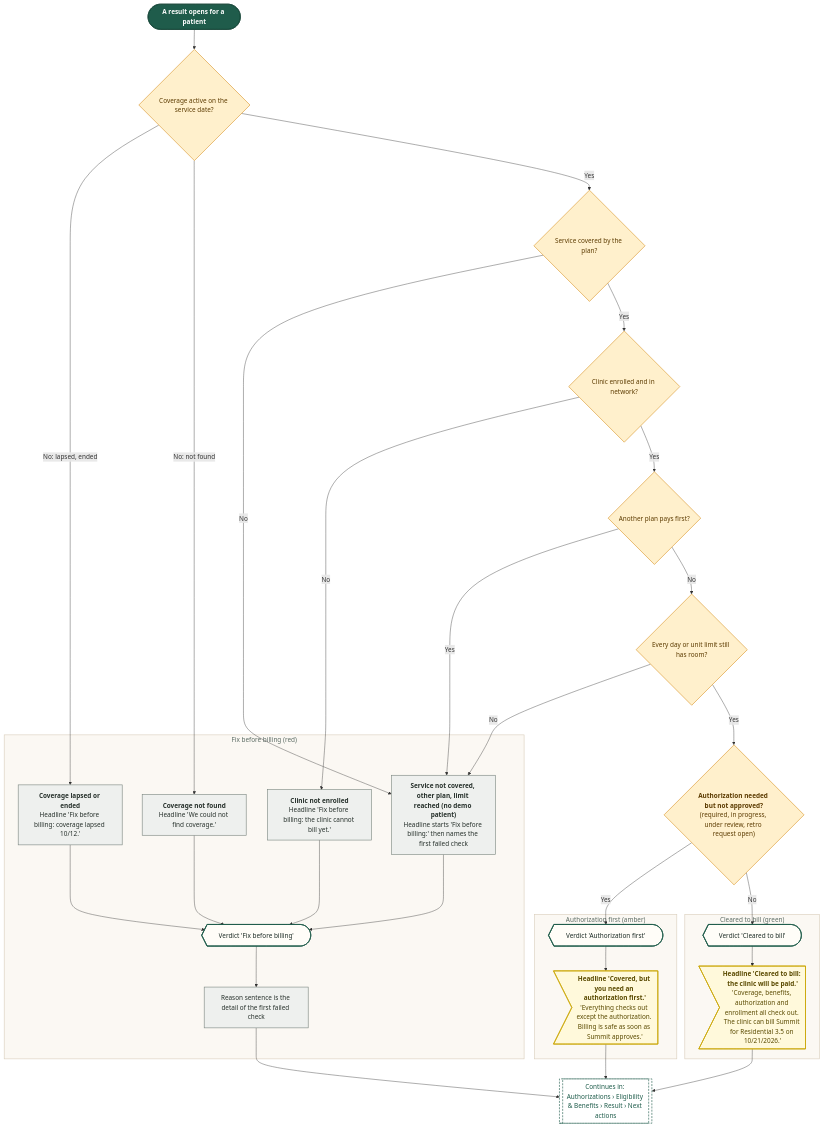
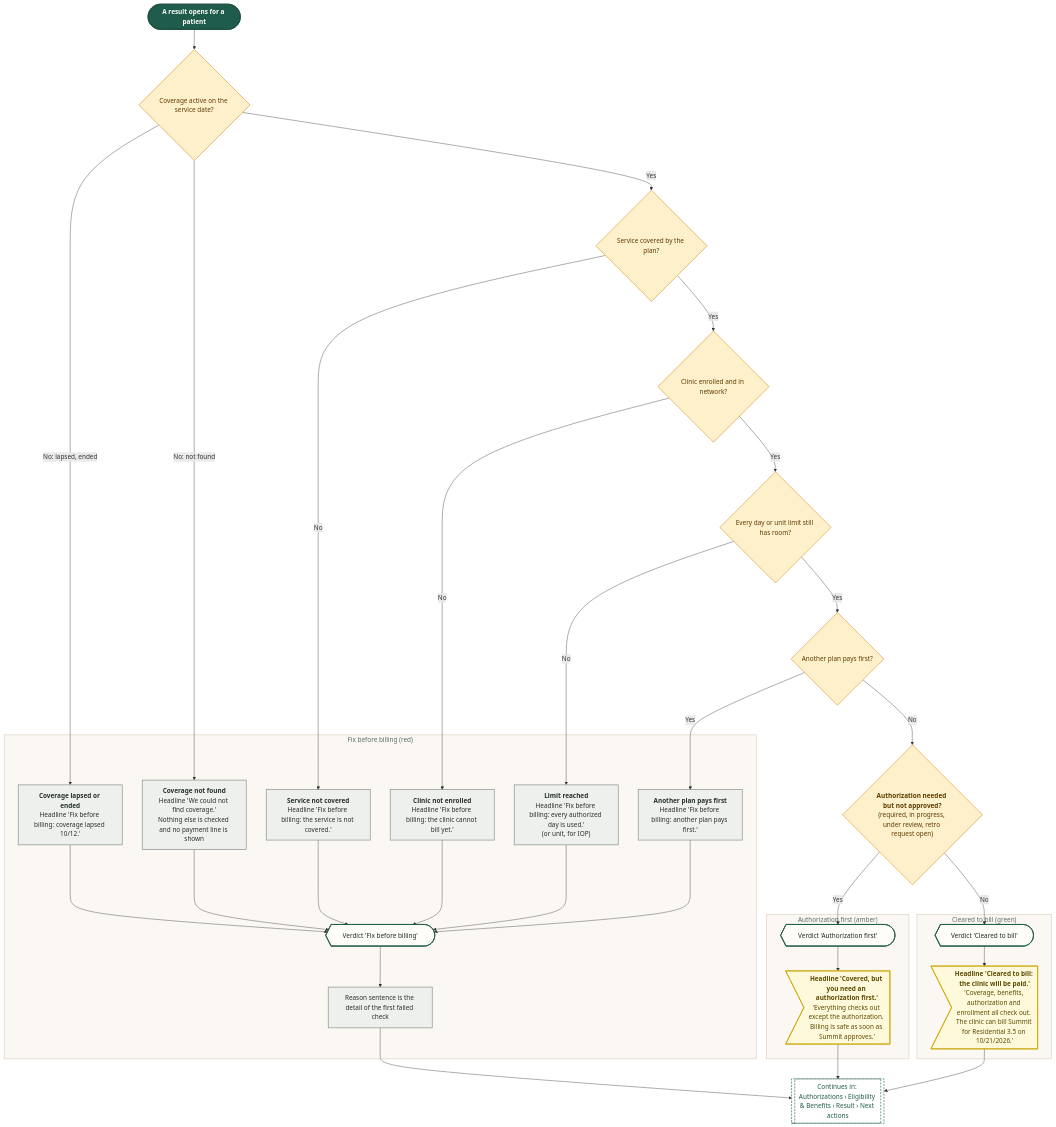
Before and after one commit to Shrav143/psyfloapp: diagram 12 of 19 in demos/prior-auth-demo/workflows/out/md/05-eligibility.md, drawn with Mermaid. The commit also changed other lines of this file and 195 other files, not shown here.

First line of the commit message:
docs: Rebuild workflow diagrams after the demo fixes (220 diagrams)

````diff
--- a/demos/prior-auth-demo/workflows/out/md/05-eligibility.md
+++ b/demos/prior-auth-demo/workflows/out/md/05-eligibility.md
@@ -790,68 +912,70 @@
 ```mermaid
 %%{init: {"theme":"base","themeVariables":{"fontFamily":"'DM Sans', 'Segoe UI', system-ui, sans-serif","fontSize":"15px","lineColor":"#5B6B63","primaryTextColor":"#1C2B25","clusterBkg":"#FBF8F3","clusterBorder":"#D9CDBB","edgeLabelBackground":"#FFFFFF"},"flowchart":{"curve":"basis","nodeSpacing":36,"rankSpacing":48,"padding":12,"htmlLabels":true,"useMaxWidth":false,"wrappingWidth":230}} }%%
 flowchart TD
   classDef k_start fill:#1F5C4B,stroke:#174638,color:#FFFFFF,stroke-width:1.5px,font-weight:600
   classDef k_end fill:#DDEFE3,stroke:#2E7D4F,color:#14502F,stroke-width:1.5px,font-weight:600
   classDef k_endx fill:#FBE3E0,stroke:#C0392B,color:#7A1F16,stroke-width:1.5px,font-weight:600
   classDef k_screen fill:#FFFDF8,stroke:#1F5C4B,color:#1C2B25,stroke-width:2px
   classDef k_overlay fill:#F1F7F3,stroke:#1F5C4B,color:#1C2B25,stroke-width:2px,stroke-dasharray:5 3
   classDef k_click fill:#DCEBFA,stroke:#2F6DB5,color:#12365F,stroke-width:1.5px
   classDef k_input fill:#E4E7FF,stroke:#4C5FD5,color:#1D2670,stroke-width:1.5px
   classDef k_process fill:#EEF0EE,stroke:#7A857F,color:#26302B,stroke-width:1.5px
   classDef k_agent fill:#EEE5FA,stroke:#7A4FC2,color:#341A63,stroke-width:1.5px
   classDef k_decision fill:#FFF0CC,stroke:#D9962B,color:#5C3B00,stroke-width:1.5px
   classDef k_store fill:#D5F0EA,stroke:#1C8E7B,color:#0B4A3F,stroke-width:1.5px
   classDef k_doc fill:#F6E9DC,stroke:#B07A4C,color:#4A2E14,stroke-width:1.5px
   classDef k_ext fill:#FFE6D2,stroke:#E07B39,color:#6B2F06,stroke-width:1.5px
   classDef k_wait fill:#E4E8EE,stroke:#6B7C93,color:#26303D,stroke-width:1.5px
   classDef k_toast fill:#FFF9DB,stroke:#C9A400,color:#5A4A00,stroke-width:1.5px
   classDef k_goto fill:#FFFFFF,stroke:#1F5C4B,color:#1F5C4B,stroke-width:1.5px,stroke-dasharray:5 3
   s1@{ shape: stadium, label: "A result opens for a patient" }
   q1@{ shape: diam, label: "Coverage active on the service date?" }
   q2@{ shape: diam, label: "Service covered by the plan?" }
   q3@{ shape: diam, label: "Clinic enrolled and in network?" }
-  q4@{ shape: diam, label: "Another plan pays first?" }
-  q5@{ shape: diam, label: "Every day or unit limit still has room?" }
+  q4@{ shape: diam, label: "Every day or unit limit still has room?" }
+  q5@{ shape: diam, label: "Another plan pays first?" }
   q6@{ shape: diam, label: "<b>Authorization needed but not approved?</b><br/>(required, in progress, under review, retro request open)" }
   subgraph gFix ["Fix before billing (red)"]
   f0@{ shape: curv-trap, label: "Verdict 'Fix before billing'" }
   f1@{ shape: rect, label: "<b>Coverage lapsed or ended</b><br/>Headline 'Fix before billing: coverage lapsed 10/12.'" }
-  f2@{ shape: rect, label: "<b>Coverage not found</b><br/>Headline 'We could not find coverage.'" }
+  f2@{ shape: rect, label: "<b>Coverage not found</b><br/>Headline 'We could not find coverage.'<br/>Nothing else is checked and no payment line is shown" }
   f3@{ shape: rect, label: "<b>Clinic not enrolled</b><br/>Headline 'Fix before billing: the clinic cannot bill yet.'" }
-  f4@{ shape: rect, label: "<b>Service not covered, other plan, limit reached (no demo patient)</b><br/>Headline starts 'Fix before billing:' then names the first failed check" }
+  f4@{ shape: rect, label: "<b>Service not covered</b><br/>Headline 'Fix before billing: the service is not covered.'" }
+  f6@{ shape: rect, label: "<b>Another plan pays first</b><br/>Headline 'Fix before billing: another plan pays first.'" }
+  f7@{ shape: rect, label: "<b>Limit reached</b><br/>Headline 'Fix before billing: every authorized day is used.'<br/>(or unit, for IOP)" }
   f5@{ shape: rect, label: "Reason sentence is the detail of the first failed check" }
   end
   subgraph gAuth ["Authorization first (amber)"]
   a0@{ shape: curv-trap, label: "Verdict 'Authorization first'" }
   a1@{ shape: odd, label: "<b>Headline 'Covered, but you need an authorization first.'</b><br/>'Everything checks out except the authorization. Billing is safe as soon as Summit approves.'" }
   end
   subgraph gOk ["Cleared to bill (green)"]
   o0@{ shape: curv-trap, label: "Verdict 'Cleared to bill'" }
   o1@{ shape: odd, label: "<b>Headline 'Cleared to bill: the clinic will be paid.'</b><br/>'Coverage, benefits, authorization and enrollment all check out. The clinic can bill Summit for Residential 3.5 on 10/21/2026.'" }
   end
   g1@{ shape: subproc, label: "Continues in: Authorizations › Eligibility & Benefits › Result › Next actions" }
   s1 --> q1
   q1 -->|"No: lapsed, ended"| f1 --> f0
   q1 -->|"No: not found"| f2 --> f0
   q1 -->|"Yes"| q2
   q2 -->|"No"| f4 --> f0
   q2 -->|"Yes"| q3
   q3 -->|"No"| f3 --> f0
   q3 -->|"Yes"| q4
-  q4 -->|"Yes"| f4
-  q4 -->|"No"| q5
-  q5 -->|"No"| f4
-  q5 -->|"Yes"| q6
+  q4 -->|"No"| f7 --> f0
+  q4 -->|"Yes"| q5
+  q5 -->|"Yes"| f6 --> f0
+  q5 -->|"No"| q6
   q6 -->|"Yes"| a0 --> a1 --> g1
   q6 -->|"No"| o0 --> o1 --> g1
   f0 --> f5 --> g1
   class s1 k_start
   class q1,q2,q3,q4,q5,q6 k_decision
   class f0,a0,o0 k_screen
-  class f1,f2,f3,f4,f5 k_process
+  class f1,f2,f3,f4,f6,f7,f5 k_process
   class a1,o1 k_toast
   class g1 k_goto
   style gFix fill:#FBF8F3,stroke:#D9CDBB,stroke-width:1.5px,color:#5B6B63
   style gAuth fill:#FBF8F3,stroke:#D9CDBB,stroke-width:1.5px,color:#5B6B63
   style gOk fill:#FBF8F3,stroke:#D9CDBB,stroke-width:1.5px,color:#5B6B63
 ```
````
